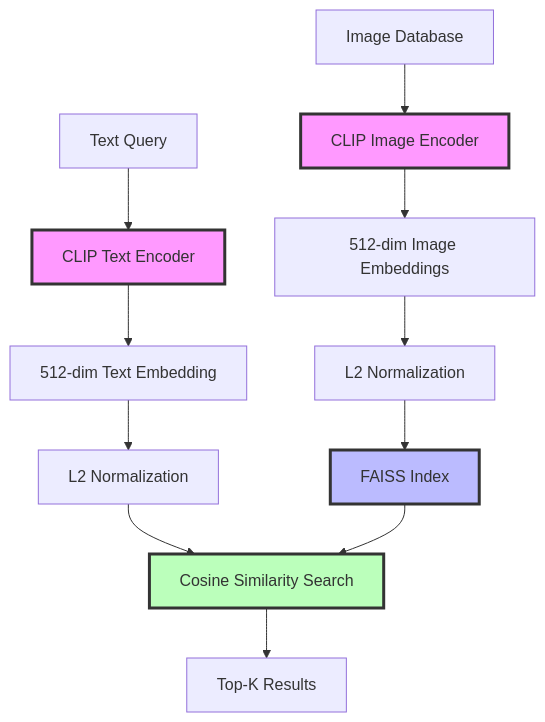
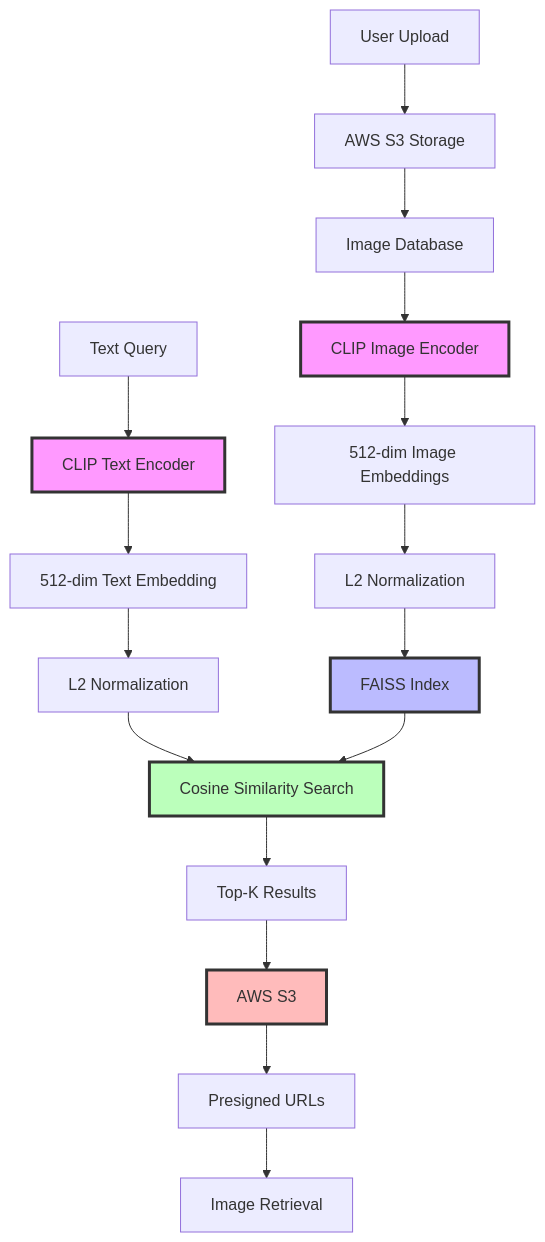
The diagram in README.md (Sherry-27/CLIP), drawn with Mermaid before and after one commit. The commit also changed other lines of this file, not shown here.

````diff
--- a/README.md
+++ b/README.md
@@ -86,20 +77,27 @@
 ```mermaid
 graph TB
     A[Text Query] --> B[CLIP Text Encoder]
     B --> C[512-dim Text Embedding]
     C --> D[L2 Normalization]
     
     E[Image Database] --> F[CLIP Image Encoder]
     F --> G[512-dim Image Embeddings]
     G --> H[L2 Normalization]
     H --> I[FAISS Index]
     
     D --> J[Cosine Similarity Search]
     I --> J
     J --> K[Top-K Results]
+    K --> L[AWS S3]
+    L --> M[Presigned URLs]
+    M --> N[Image Retrieval]
+    
+    O[User Upload] --> P[AWS S3 Storage]
+    P --> E
     
     style B fill:#f9f,stroke:#333,stroke-width:3px
     style F fill:#f9f,stroke:#333,stroke-width:3px
     style I fill:#bbf,stroke:#333,stroke-width:3px
     style J fill:#bfb,stroke:#333,stroke-width:3px
+    style L fill:#fbb,stroke:#333,stroke-width:3px
 ```
````
